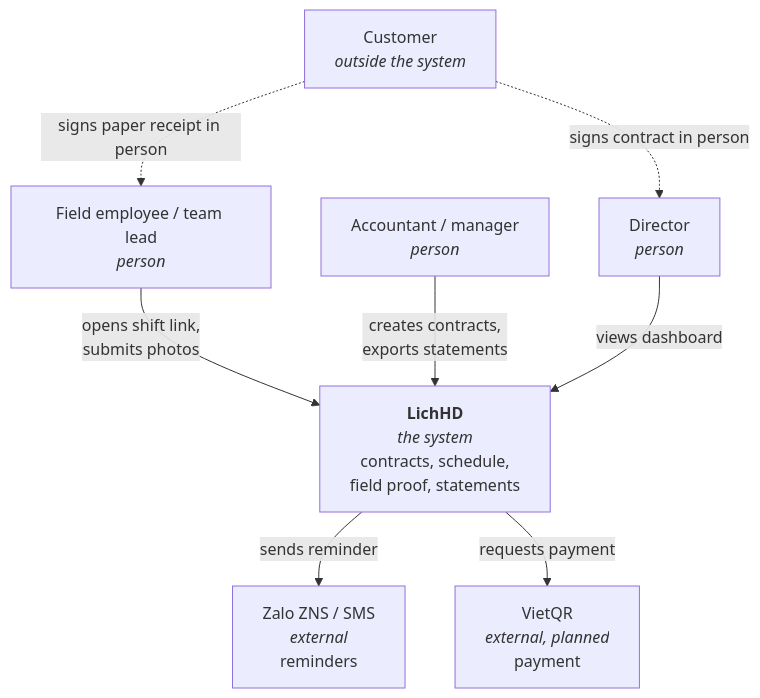
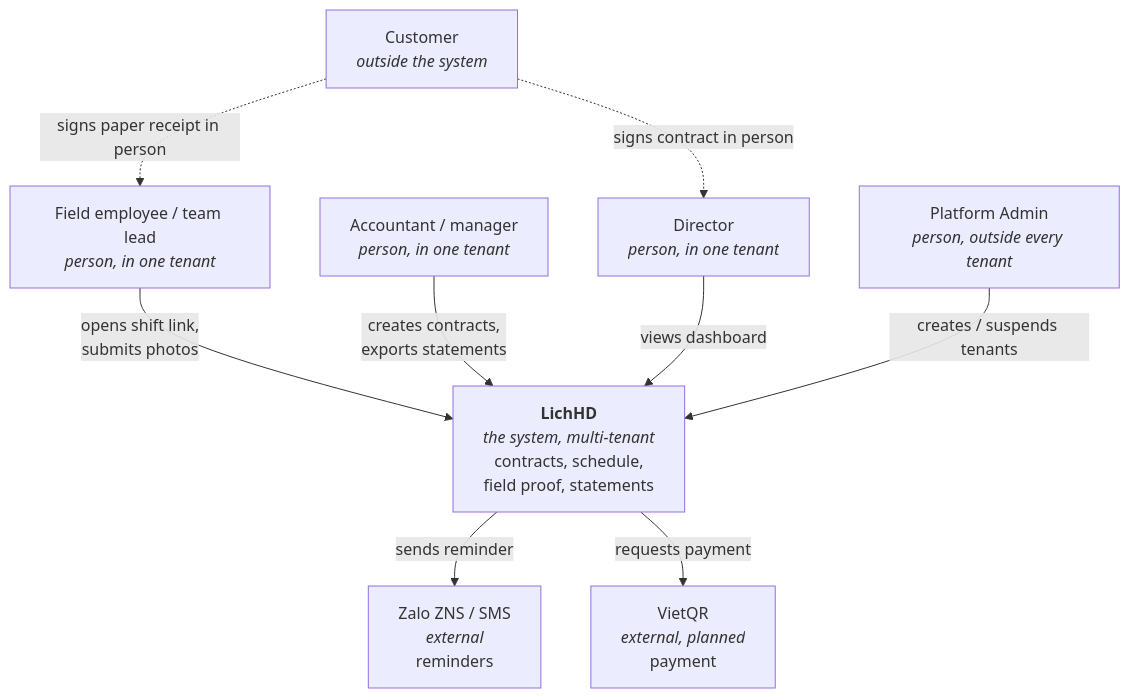
The second of 8 diagrams in README.md (dDxCg/contrack), drawn with Mermaid before and after one commit. The commit also changed other lines of this file and 11 other files, not shown here.

````diff
--- a/README.md
+++ b/README.md
@@ -106,21 +106,23 @@
 ```mermaid
 flowchart TB
     customer["Customer<br/><i>outside the system</i>"]
-    employee["Field employee / team lead<br/><i>person</i>"]
-    accountant["Accountant / manager<br/><i>person</i>"]
-    director["Director<br/><i>person</i>"]
+    employee["Field employee / team lead<br/><i>person, in one tenant</i>"]
+    accountant["Accountant / manager<br/><i>person, in one tenant</i>"]
+    director["Director<br/><i>person, in one tenant</i>"]
+    platformadmin["Platform Admin<br/><i>person, outside every tenant</i>"]
 
-    lichhd["<b>LichHD</b><br/><i>the system</i><br/>contracts, schedule,<br/>field proof, statements"]
+    lichhd["<b>LichHD</b><br/><i>the system, multi-tenant</i><br/>contracts, schedule,<br/>field proof, statements"]
 
     zalo["Zalo ZNS / SMS<br/><i>external</i><br/>reminders"]
     vietqr["VietQR<br/><i>external, planned</i><br/>payment"]
 
     customer -.->|"signs contract in person"| director
     customer -.->|"signs paper receipt in person"| employee
     employee -->|"opens shift link,<br/>submits photos"| lichhd
     accountant -->|"creates contracts,<br/>exports statements"| lichhd
     director -->|"views dashboard"| lichhd
+    platformadmin -->|"creates / suspends tenants"| lichhd
 
     lichhd -->|"sends reminder"| zalo
     lichhd -->|"requests payment"| vietqr
 ```
````
